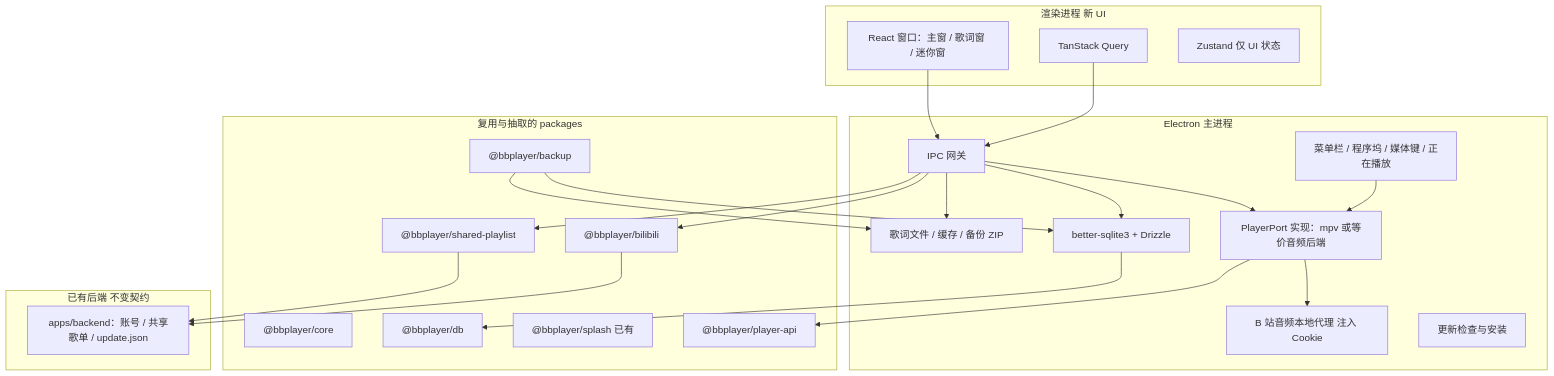
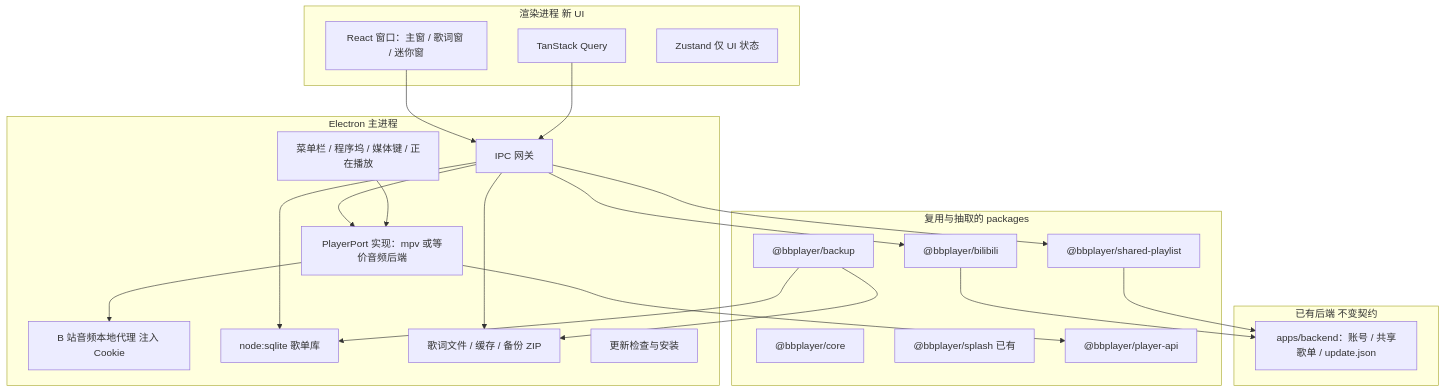
Before and after one commit to canvascat/BBPlayer: the diagram in prd/03-BBPlayer桌面端技术方案.md, drawn with Mermaid. The commit also changed other lines of this file, not shown here.

````diff
--- a/prd/03-BBPlayer桌面端技术方案.md
+++ b/prd/03-BBPlayer桌面端技术方案.md
@@ -43,48 +43,46 @@
 ```mermaid
 flowchart TB
     subgraph renderer["渲染进程 新 UI"]
         ui["React 窗口：主窗 / 歌词窗 / 迷你窗"]
         rq["TanStack Query"]
         store["Zustand 仅 UI 状态"]
     end
 
     subgraph main["Electron 主进程"]
         ipc["IPC 网关"]
         player["PlayerPort 实现：mpv 或等价音频后端"]
         proxy["B 站音频本地代理 注入 Cookie"]
-        sql["better-sqlite3 + Drizzle"]
+        sql["node:sqlite 歌单库"]
         fs["歌词文件 / 缓存 / 备份 ZIP"]
         tray["菜单栏 / 程序坞 / 媒体键 / 正在播放"]
         updater["更新检查与安装"]
     end
 
     subgraph shared["复用与抽取的 packages"]
         core["@bbplayer/core"]
-        dbpkg["@bbplayer/db"]
         bili["@bbplayer/bilibili"]
         splash["@bbplayer/splash 已有"]
         backup["@bbplayer/backup"]
         playerapi["@bbplayer/player-api"]
         sharedpl["@bbplayer/shared-playlist"]
     end
 
     subgraph cloud["已有后端 不变契约"]
         worker["apps/backend：账号 / 共享歌单 / update.json"]
     end
 
     ui --> ipc
     rq --> ipc
     ipc --> player
     ipc --> sql
     ipc --> fs
     player --> proxy
-    sql --> dbpkg
     ipc --> bili
     ipc --> sharedpl
     bili --> worker
     sharedpl --> worker
     player --> playerapi
     tray --> player
     backup --> sql
     backup --> fs
 ```
````
